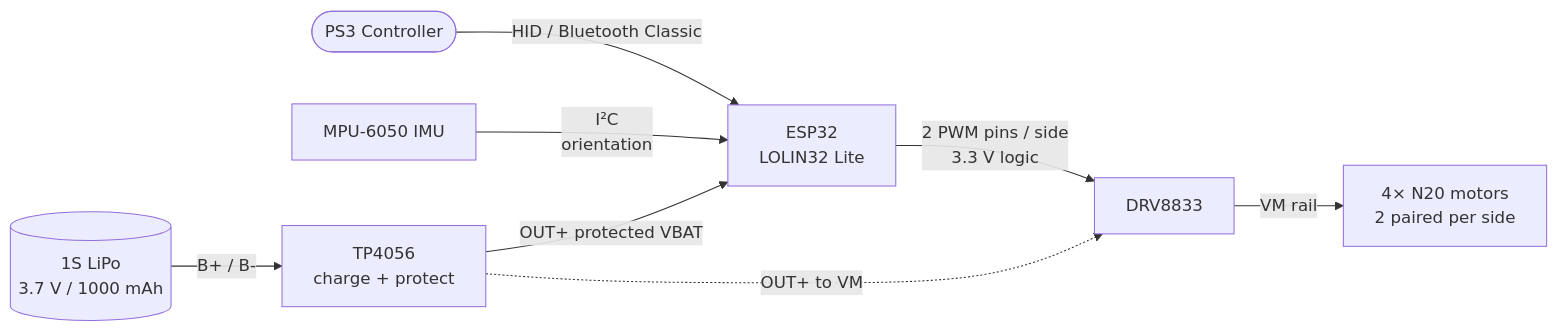
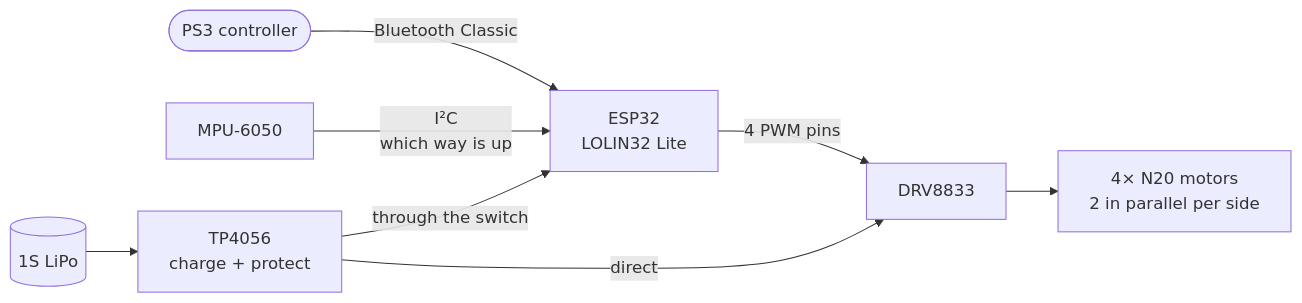
One commit to wouterds/minibot changed the first of 2 diagrams in README.md. Above: the diagram before and after it, drawn with Mermaid. The commit also changed other lines of this file, not shown here.

````diff
--- a/README.md
+++ b/README.md
@@ -20,10 +28,10 @@
 ```mermaid
 flowchart LR
-    PS3([PS3 Controller]) -->|HID / Bluetooth Classic| ESP[ESP32<br/>LOLIN32 Lite]
-    IMU[MPU-6050 IMU] -->|I²C<br/>orientation| ESP
-    ESP -->|2 PWM pins / side<br/>3.3 V logic| DRV[DRV8833]
-    DRV -->|VM rail| MOT[4× N20 motors<br/>2 paired per side]
-    BAT[(1S LiPo<br/>3.7 V / 1000 mAh)] -->|B+ / B-| TP[TP4056<br/>charge + protect]
-    TP -->|OUT+ protected VBAT| ESP
-    TP -.->|OUT+ to VM| DRV
+    PS3([PS3 controller]) -->|Bluetooth Classic| ESP[ESP32<br/>LOLIN32 Lite]
+    IMU[MPU-6050] -->|I²C<br/>which way is up| ESP
+    ESP -->|4 PWM pins| DRV[DRV8833]
+    DRV --> MOT[4× N20 motors<br/>2 in parallel per side]
+    BAT[(1S LiPo)] --> TP[TP4056<br/>charge + protect]
+    TP -->|through the switch| ESP
+    TP -->|direct| DRV
 ```
````
